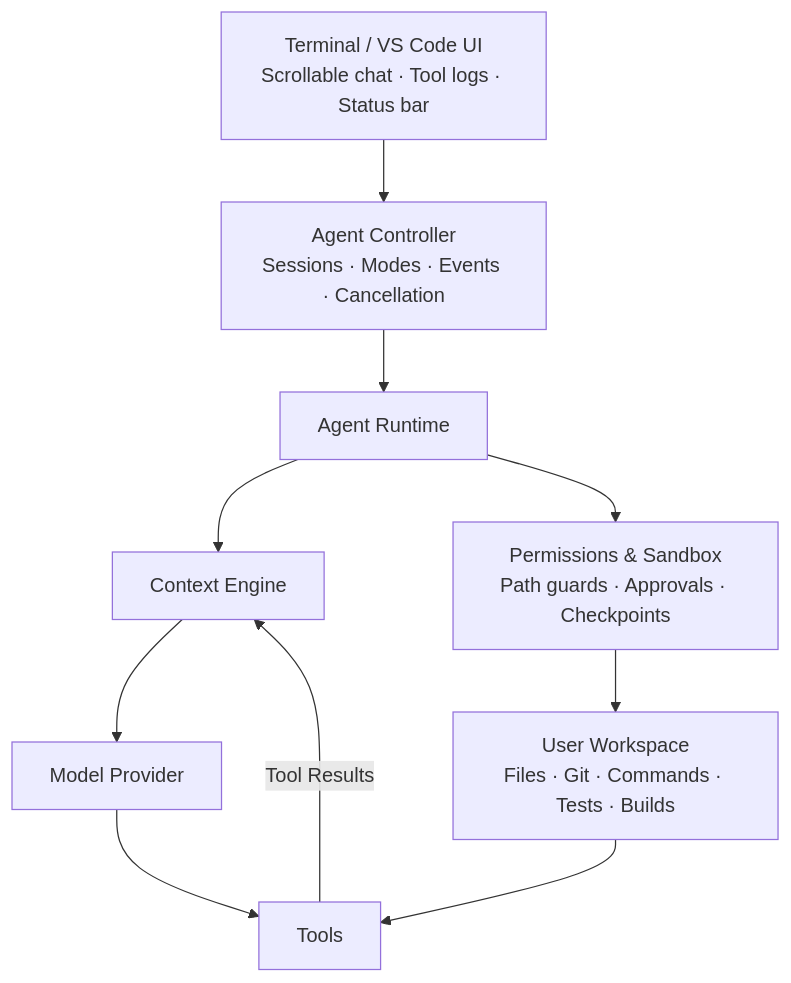
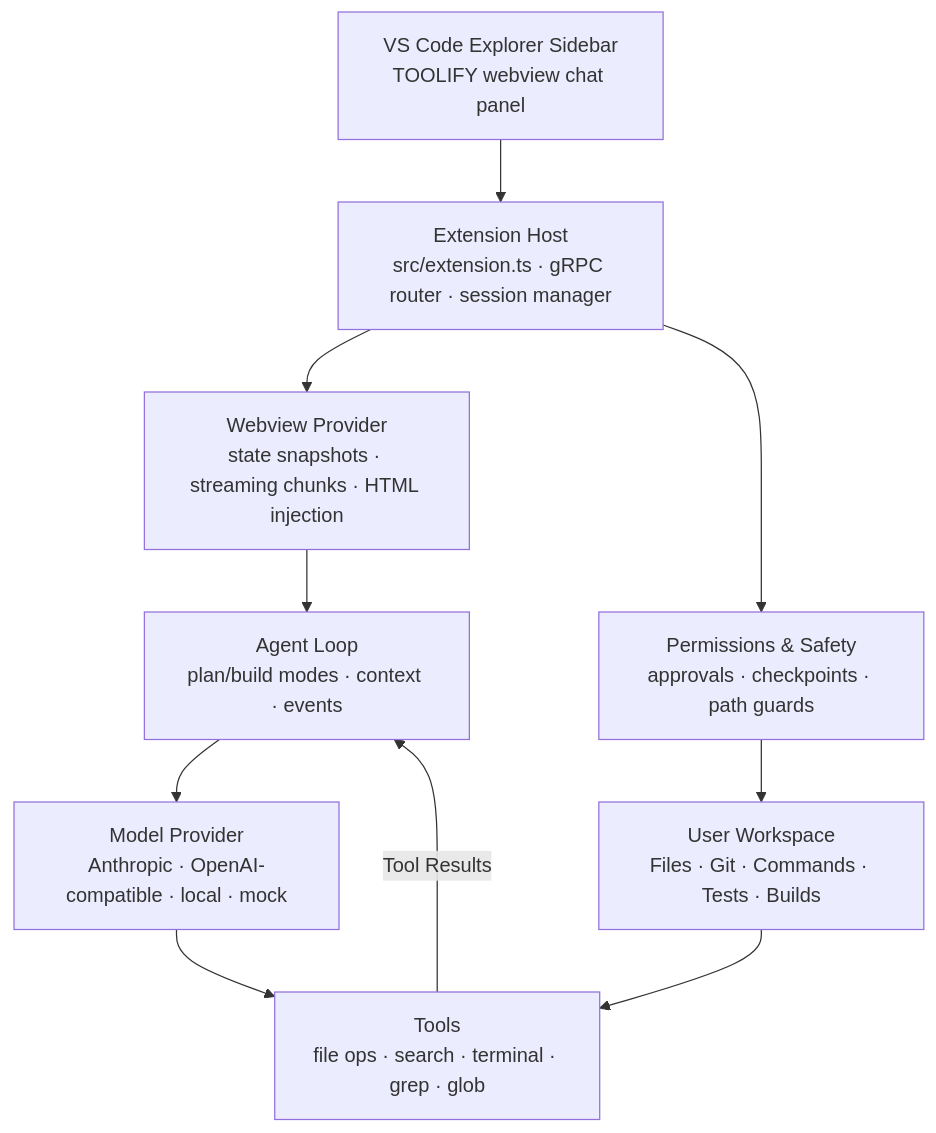
The first of 2 diagrams in README.md (toolifyai4-cell/toolify_v1), drawn with Mermaid before and after one commit. The commit also changed other lines of this file and 1 other file, not shown here.

Commit message:
refactor: update README.md to reflect VS Code extension architecture and remove terminal references

````diff
--- a/README.md
+++ b/README.md
@@ -256,12 +230,12 @@
 ```mermaid
 flowchart TD
-    A[Terminal / VS Code UI<br/>Scrollable chat · Tool logs · Status bar] --> B[Agent Controller<br/>Sessions · Modes · Events · Cancellation]
-    B --> C[Agent Runtime]
-    C --> D[Context Engine]
-    D --> E[Model Provider]
-    E --> F[Tools]
+    A[VS Code Explorer Sidebar<br/>TOOLIFY webview chat panel] --> B[Extension Host<br/>src/extension.ts · gRPC router · session manager]
+    B --> C[Webview Provider<br/>state snapshots · streaming chunks · HTML injection]
+    C --> D[Agent Loop<br/>plan/build modes · context · events]
+    D --> E[Model Provider<br/>Anthropic · OpenAI-compatible · local · mock]
+    E --> F[Tools<br/>file ops · search · terminal · grep · glob]
     F -->|Tool Results| D
-    C --> G[Permissions & Sandbox<br/>Path guards · Approvals · Checkpoints]
+    B --> G[Permissions & Safety<br/>approvals · checkpoints · path guards]
     G --> H[User Workspace<br/>Files · Git · Commands · Tests · Builds]
     H --> F
 ```
````
